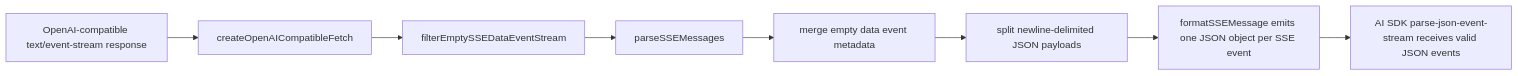
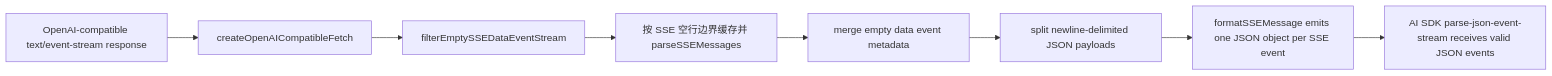
The diagram in docs/medium-powers/plans/2026-06-25-websearch-sse-parser-fix.md (Lixuhang987/Wisp-Pocket), drawn with Mermaid before and after one commit. The commit also changed other lines of this file and 5 other files, not shown here.

````diff
--- a/docs/medium-powers/plans/2026-06-25-websearch-sse-parser-fix.md
+++ b/docs/medium-powers/plans/2026-06-25-websearch-sse-parser-fix.md
@@ -32,10 +32,10 @@
 ```mermaid
 flowchart LR
     A["OpenAI-compatible text/event-stream response"] --> B["createOpenAICompatibleFetch"]
     B --> C["filterEmptySSEDataEventStream"]
-    C --> D["parseSSEMessages"]
+    C --> D["按 SSE 空行边界缓存并 parseSSEMessages"]
     D --> E["merge empty data event metadata"]
     E --> F["split newline-delimited JSON payloads"]
     F --> G["formatSSEMessage emits one JSON object per SSE event"]
     G --> H["AI SDK parse-json-event-stream receives valid JSON events"]
 ```
````
